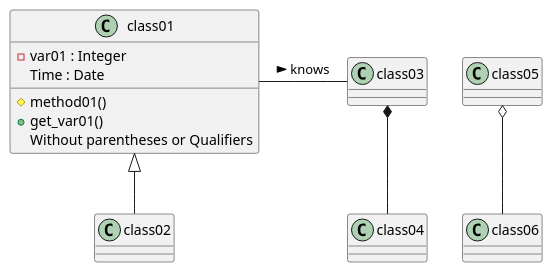
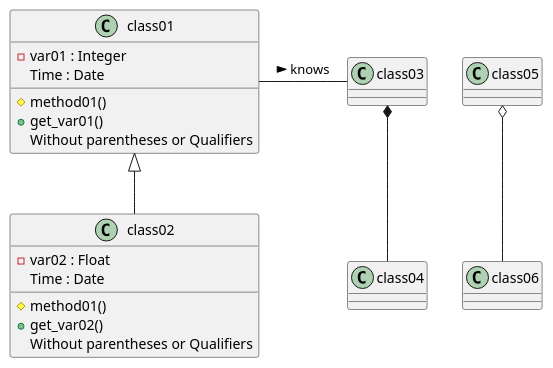
Before and after one commit to FranBonath/Formalisms: the diagram in class.puml, drawn with PlantUML.

Commit message:
changes in class.puml

```diff
--- a/class.puml
+++ b/class.puml
@@ -1,14 +1,23 @@
 @startuml
  class01 <|-- class02
  class03 *-- class04
  class05 o-- class06
 
  class01- class03 : knows >
  class class01 {
     -var01 : Integer
     Time : Date
     #method01()
     +get_var01()
     {method}Without parentheses or Qualifiers
  }
+
+class class02 {
+   -var02 : Float
+   Time : Date
+   #method01()
+   +get_var02()
+   {method}Without parentheses or Qualifiers
+}
+
 @enduml
```
